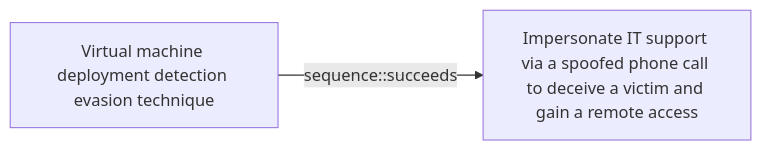
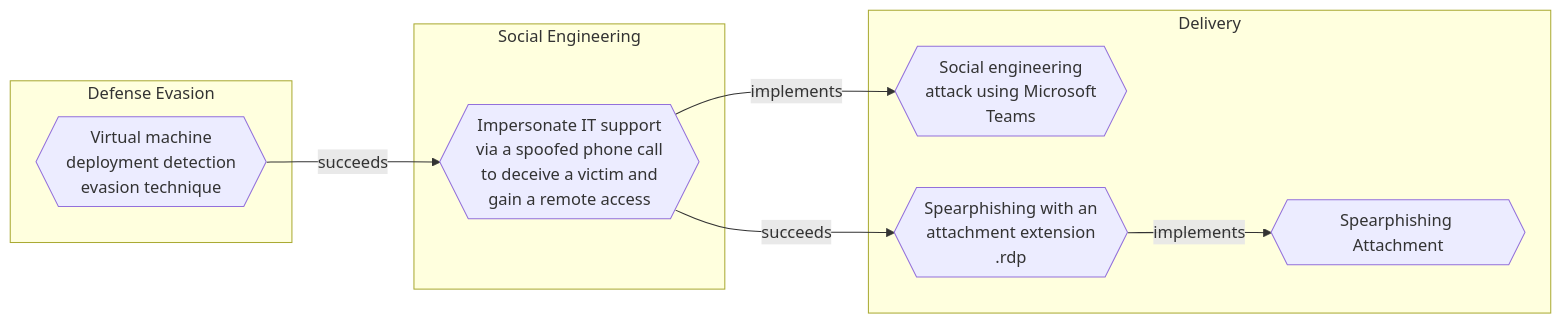
One commit to opentidehq/library changed the diagram in docs/threats/virtual-machine-deployment-detection-evasion-technique.md. Above: the diagram before and after it, drawn with Mermaid. The commit also changed other lines of this file and 540 other files, not shown here.

````diff
--- a/docs/threats/virtual-machine-deployment-detection-evasion-technique.md
+++ b/docs/threats/virtual-machine-deployment-detection-evasion-technique.md
@@ -79,6 +98,18 @@
 ```mermaid
 flowchart LR
-60bd6a35_3a71_47c2_8110_4562fb40976c["Virtual machine deployment detection evasion technique"]
-c4456134_df7b_4969_b5ff_a24794996890["Impersonate IT support via a spoofed phone call to deceive a victim and gain a remote access"]
-60bd6a35_3a71_47c2_8110_4562fb40976c -->|sequence::succeeds| c4456134_df7b_4969_b5ff_a24794996890
+subgraph "Defense Evasion"
+60bd6a35_3a71_47c2_8110_4562fb40976c{{"Virtual machine<br>deployment detection<br>evasion technique"}}
+end
+subgraph "Social Engineering"
+c4456134_df7b_4969_b5ff_a24794996890{{"Impersonate IT support<br>via a spoofed phone call<br>to deceive a victim and<br>gain a remote access"}}
+end
+subgraph "Delivery"
+06c60af1_5fa8_493c_bf9b_6b2e215819f1{{"Social engineering<br>attack using Microsoft<br>Teams"}}
+58b98d75_fc63_4662_8908_a2a7f4200902{{"Spearphishing with an<br>attachment extension<br>.rdp"}}
+dd5d942c_bac4_4000_b9a6_ca4fef6cfb84{{"Spearphishing Attachment"}}
+end
+60bd6a35_3a71_47c2_8110_4562fb40976c -->|succeeds| c4456134_df7b_4969_b5ff_a24794996890
+c4456134_df7b_4969_b5ff_a24794996890 -->|implements| 06c60af1_5fa8_493c_bf9b_6b2e215819f1
+c4456134_df7b_4969_b5ff_a24794996890 -->|succeeds| 58b98d75_fc63_4662_8908_a2a7f4200902
+58b98d75_fc63_4662_8908_a2a7f4200902 -->|implements| dd5d942c_bac4_4000_b9a6_ca4fef6cfb84
 ```
````
